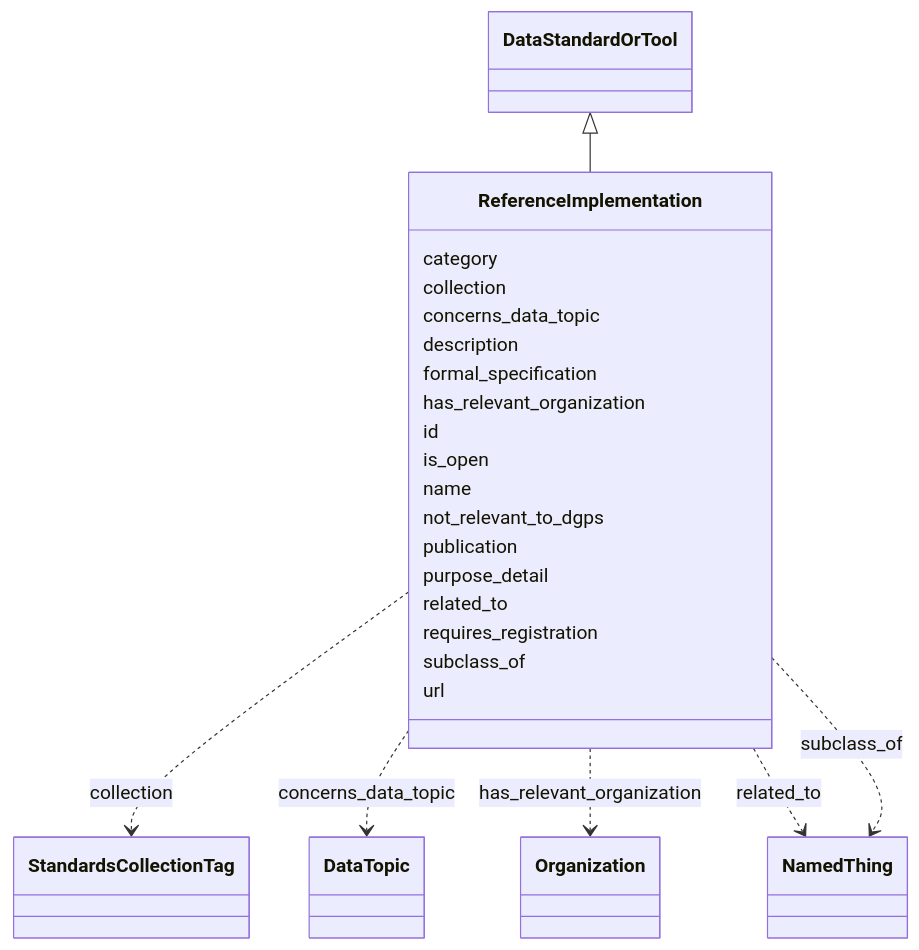
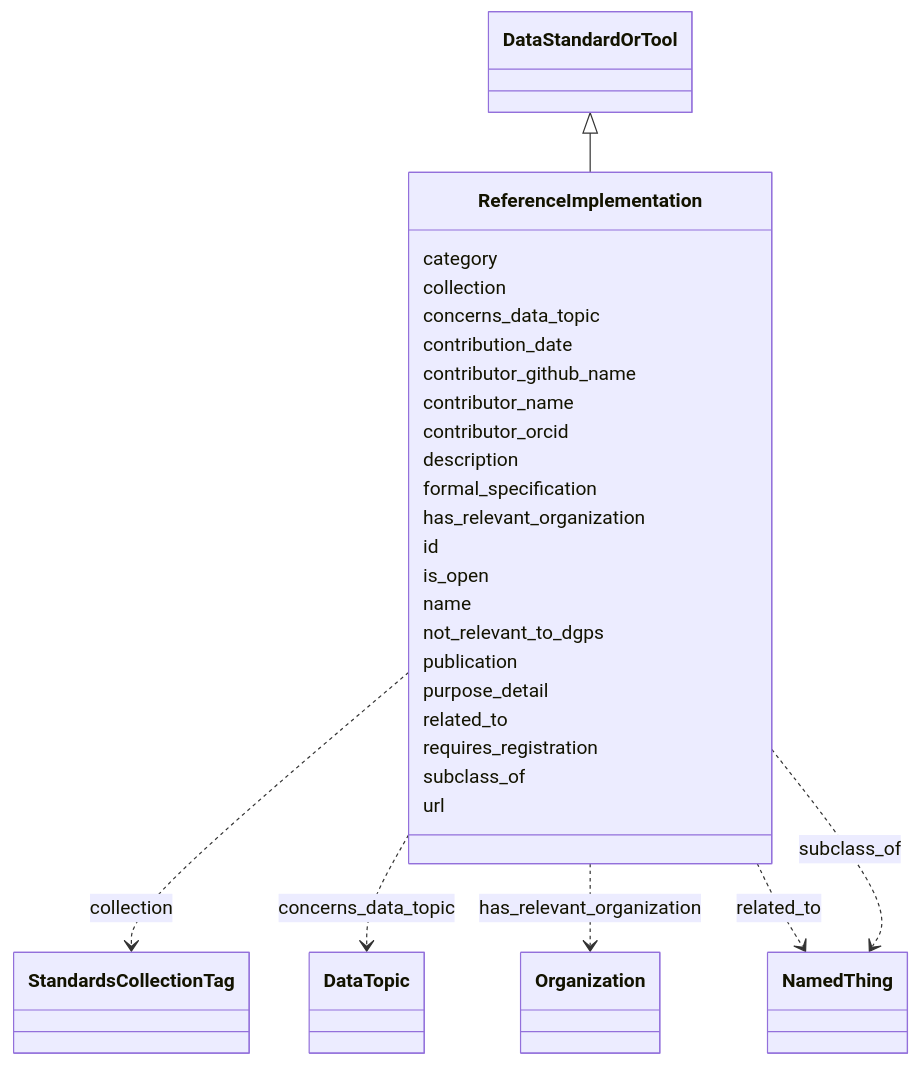
Before and after one commit to bridge2ai/standards-schemas: the diagram in docs/ReferenceImplementation.md, drawn with Mermaid. The commit also changed other lines of this file and 51 other files, not shown here.

````diff
--- a/docs/ReferenceImplementation.md
+++ b/docs/ReferenceImplementation.md
@@ -11,49 +11,57 @@
 ```mermaid
  classDiagram
     class ReferenceImplementation
       DataStandardOrTool <|-- ReferenceImplementation
       
       ReferenceImplementation : category
         
       ReferenceImplementation : collection
         
           ReferenceImplementation ..> StandardsCollectionTag : collection
         
       ReferenceImplementation : concerns_data_topic
         
           ReferenceImplementation ..> DataTopic : concerns_data_topic
+        
+      ReferenceImplementation : contribution_date
+        
+      ReferenceImplementation : contributor_github_name
+        
+      ReferenceImplementation : contributor_name
+        
+      ReferenceImplementation : contributor_orcid
         
       ReferenceImplementation : description
         
       ReferenceImplementation : formal_specification
         
       ReferenceImplementation : has_relevant_organization
         
           ReferenceImplementation ..> Organization : has_relevant_organization
         
       ReferenceImplementation : id
         
       ReferenceImplementation : is_open
         
       ReferenceImplementation : name
         
       ReferenceImplementation : not_relevant_to_dgps
         
       ReferenceImplementation : publication
         
       ReferenceImplementation : purpose_detail
         
       ReferenceImplementation : related_to
         
           ReferenceImplementation ..> NamedThing : related_to
         
       ReferenceImplementation : requires_registration
         
       ReferenceImplementation : subclass_of
         
           ReferenceImplementation ..> NamedThing : subclass_of
         
       ReferenceImplementation : url
         
       
 ```
````
